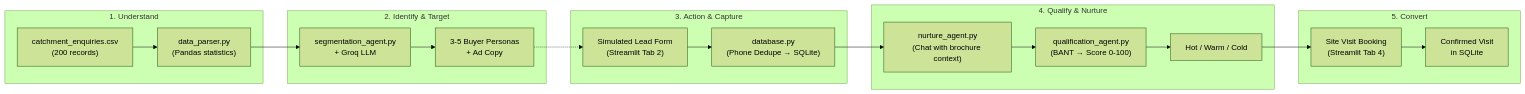
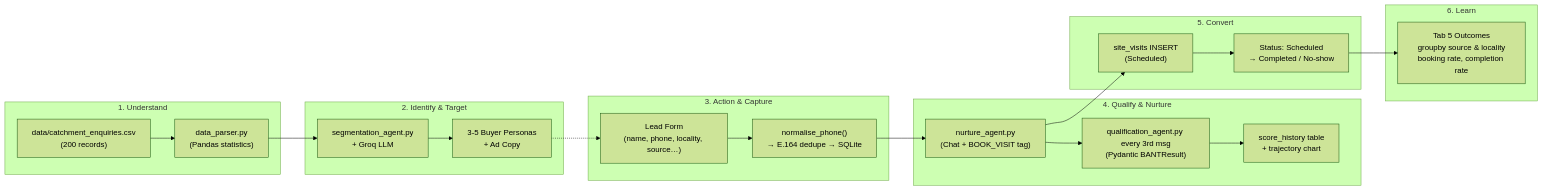
Before and after one commit to Daminigit/ai-real-estate-agent: the second of 2 diagrams in document/architecture.md, drawn with Mermaid (forest theme). The commit also changed other lines of this file and 5 other files, not shown here.

````diff
--- a/document/architecture.md
+++ b/document/architecture.md
@@ -129,23 +136,26 @@
 ```mermaid
 flowchart LR
     subgraph "1. Understand"
-        A1["catchment_enquiries.csv\n(200 records)"] --> A2["data_parser.py\n(Pandas statistics)"]
+        A1["data/catchment_enquiries.csv\n(200 records)"] --> A2["data_parser.py\n(Pandas statistics)"]
     end
     subgraph "2. Identify & Target"
         A2 --> A3["segmentation_agent.py\n+ Groq LLM"]
         A3 --> A4["3-5 Buyer Personas\n+ Ad Copy"]
     end
     subgraph "3. Action & Capture"
-        A4 -.-> A5["Simulated Lead Form\n(Streamlit Tab 2)"]
-        A5 --> A6["database.py\n(Phone Dedupe → SQLite)"]
+        A4 -.-> A5["Lead Form\n(name, phone, locality, source…)"]
+        A5 --> A6["normalise_phone()\n→ E.164 dedupe → SQLite"]
     end
     subgraph "4. Qualify & Nurture"
-        A6 --> A7["nurture_agent.py\n(Chat with brochure context)"]
-        A7 --> A8["qualification_agent.py\n(BANT → Score 0-100)"]
-        A8 --> A9["Hot / Warm / Cold"]
+        A6 --> A7["nurture_agent.py\n(Chat + BOOK_VISIT tag)"]
+        A7 --> A8["qualification_agent.py every 3rd msg\n(Pydantic BANTResult)"]
+        A8 --> A9["score_history table\n+ trajectory chart"]
     end
     subgraph "5. Convert"
-        A9 --> A10["Site Visit Booking\n(Streamlit Tab 4)"]
-        A10 --> A11["Confirmed Visit\nin SQLite"]
+        A7 --> A10["site_visits INSERT\n(Scheduled)"]
+        A10 --> A11["Status: Scheduled\n→ Completed / No-show"]
+    end
+    subgraph "6. Learn"
+        A11 --> A12["Tab 5 Outcomes\ngroupby source & locality\nbooking rate, completion rate"]
     end
 ```
````
